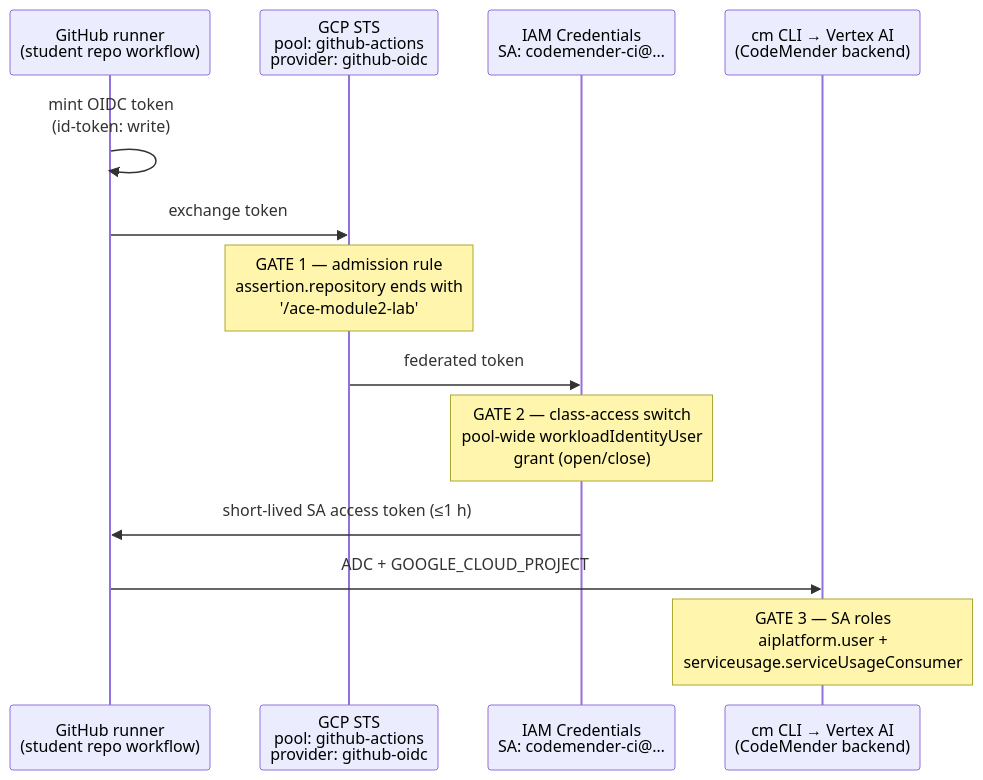
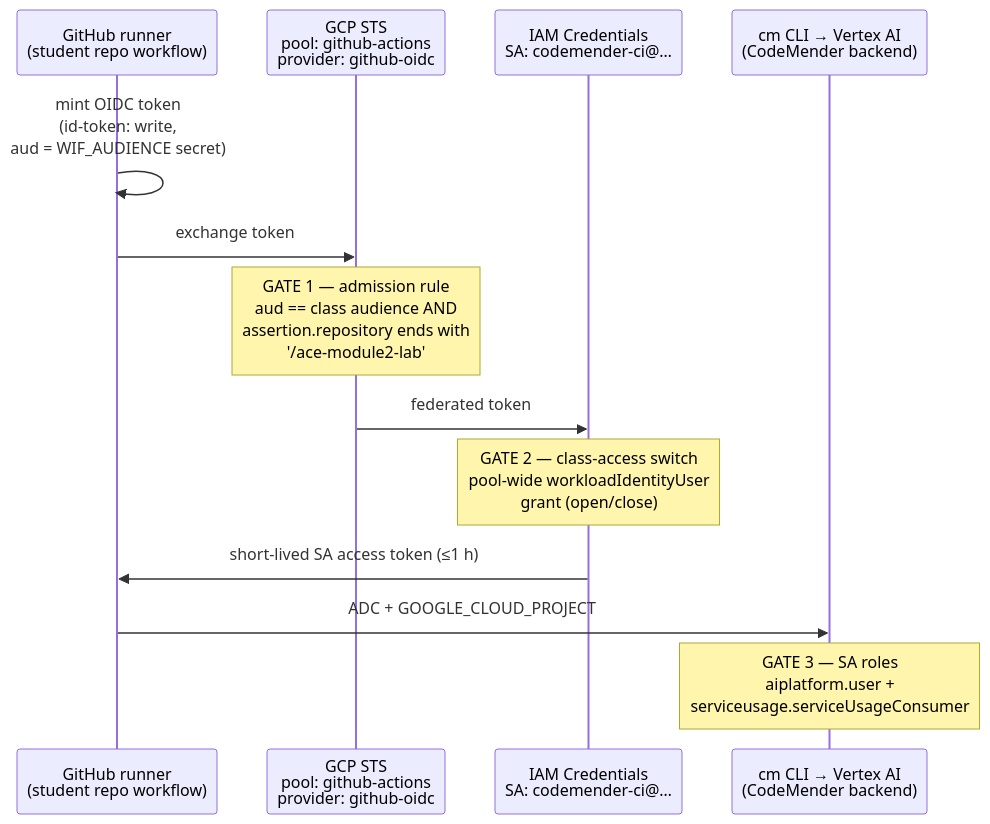
One commit to prashantkul/ace-module2-lab changed the diagram in lab/DESIGN.md. Above: the diagram before and after it, drawn with Mermaid. The commit also changed other lines of this file and 9 other files, not shown here.

First line of the commit message:
Vendor cm binary into the template + static WIF audience gate

````diff
--- a/lab/DESIGN.md
+++ b/lab/DESIGN.md
@@ -58,16 +60,16 @@
 ```mermaid
 sequenceDiagram
     participant R as GitHub runner<br/>(student repo workflow)
     participant STS as GCP STS<br/>pool: github-actions<br/>provider: github-oidc
     participant IAM as IAM Credentials<br/>SA: codemender-ci@…
     participant CM as cm CLI → Vertex AI<br/>(CodeMender backend)
 
-    R->>R: mint OIDC token<br/>(id-token: write)
+    R->>R: mint OIDC token<br/>(id-token: write,<br/>aud = WIF_AUDIENCE secret)
     R->>STS: exchange token
-    Note over STS: GATE 1 — admission rule<br/>assertion.repository ends with<br/>'/ace-module2-lab'
+    Note over STS: GATE 1 — admission rule<br/>aud == class audience AND<br/>assertion.repository ends with<br/>'/ace-module2-lab'
     STS->>IAM: federated token
     Note over IAM: GATE 2 — class-access switch<br/>pool-wide workloadIdentityUser<br/>grant (open/close)
     IAM->>R: short-lived SA access token (≤1 h)
     R->>CM: ADC + GOOGLE_CLOUD_PROJECT
     Note over CM: GATE 3 — SA roles<br/>aiplatform.user +<br/>serviceusage.serviceUsageConsumer
 ```
````
